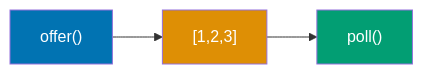
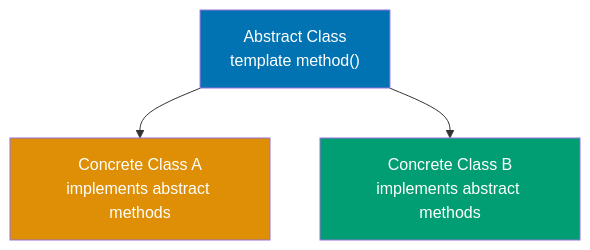
One commit to wahidyankf/open-sharia-enterprise changed the first of 8 diagrams in apps/ayokoding-web/content/en/learn/software-engineering/programming-languages/java/tutorials/by-example/intermediate.md. Above: the diagram before and after it, drawn with Mermaid. The commit also changed other lines of this file and 14 other files, not shown here.

````diff
--- a/apps/ayokoding-web/content/en/learn/software-engineering/programming-languages/java/tutorials/by-example/intermediate.md
+++ b/apps/ayokoding-web/content/en/learn/software-engineering/programming-languages/java/tutorials/by-example/intermediate.md
@@ -1389,9 +29,10 @@
 ```mermaid
 %% Color Palette: Blue #0173B2, Orange #DE8F05, Teal #029E73, Purple #CC78BC, Brown #CA9161
-graph LR
-    Q1["offer#40;#41;"] --> Q2["#91;1,2,3#93;"] --> Q3["poll#40;#41;"]
+graph TD
+    Abstract["Abstract Class<br/>template method#40;#41;"] --> Concrete1["Concrete Class A<br/>implements abstract methods"]
+    Abstract --> Concrete2["Concrete Class B<br/>implements abstract methods"]
 
-    style Q1 fill:#0173B2,color:#fff
-    style Q2 fill:#DE8F05,color:#fff
-    style Q3 fill:#029E73,color:#fff
+    style Abstract fill:#0173B2,color:#fff
+    style Concrete1 fill:#DE8F05,color:#fff
+    style Concrete2 fill:#029E73,color:#fff
 ```
````
